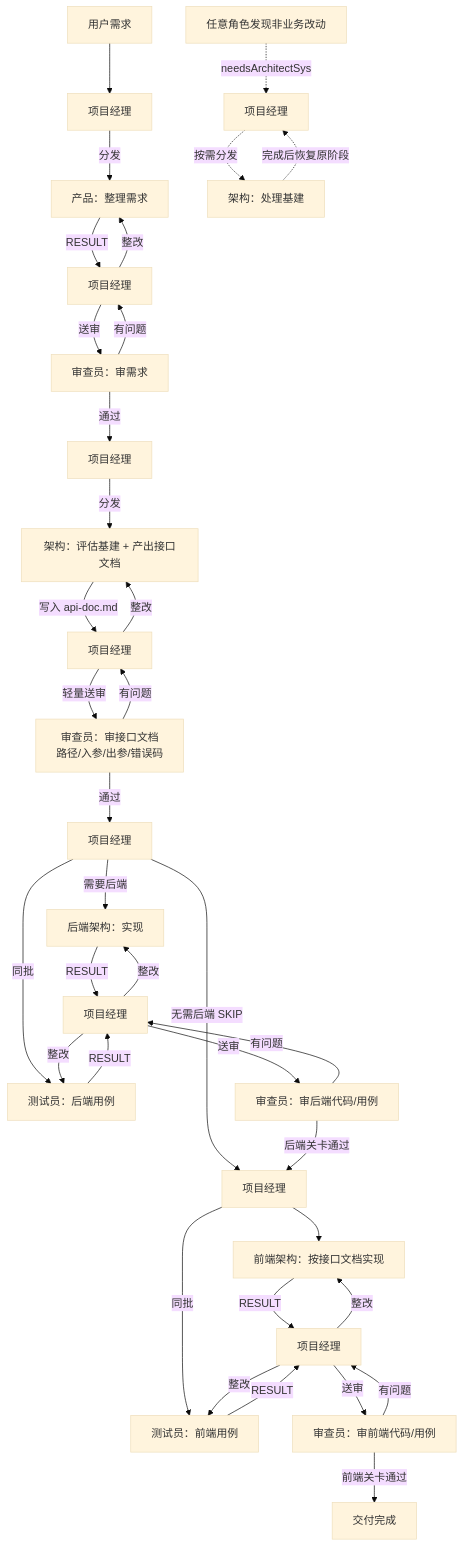
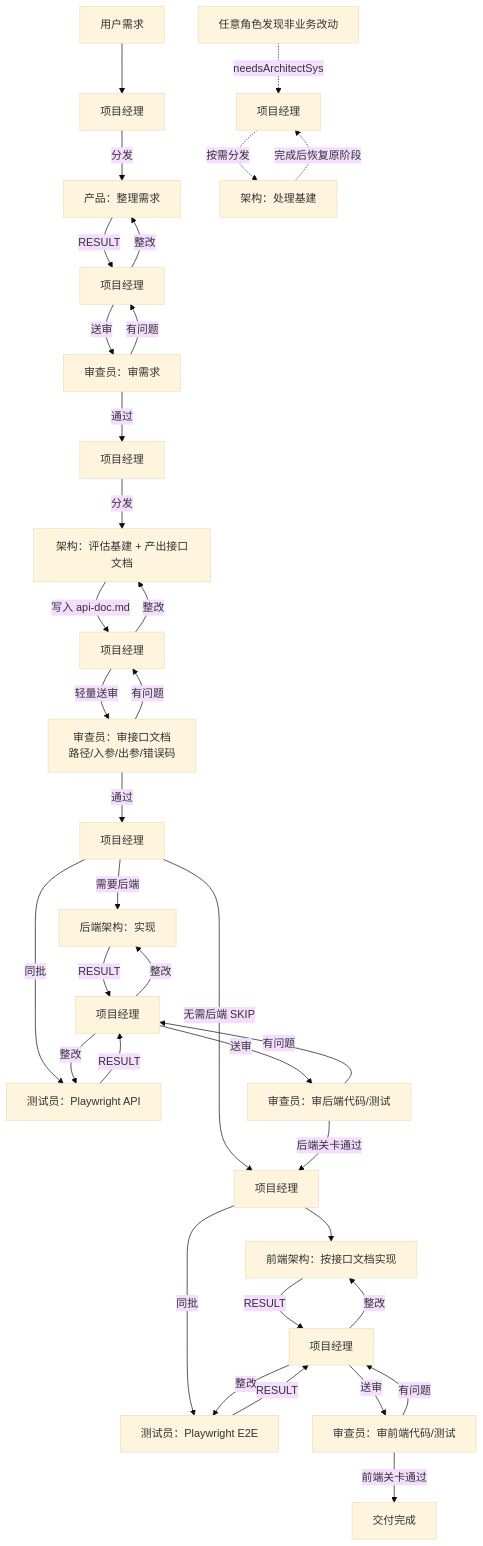
One commit to Luzhaotian/fe-agent changed the diagram in README.md. Above: the diagram before and after it, drawn with Mermaid (base theme). The commit also changed other lines of this file and 4 other files, not shown here.

````diff
--- a/README.md
+++ b/README.md
@@ -89,41 +113,41 @@
 ```mermaid
 flowchart TD
   U[用户需求] --> M1[项目经理]
   M1 -->|分发| P[产品：整理需求]
   P -->|RESULT| M2[项目经理]
   M2 -->|送审| R1[审查员：审需求]
   R1 -->|有问题| M2
   M2 -->|整改| P
   R1 -->|通过| M3[项目经理]
   M3 -->|分发| A[架构：评估基建 + 产出接口文档]
   A -->|写入 api-doc.md| M4[项目经理]
   M4 -->|轻量送审| R2[审查员：审接口文档<br/>路径/入参/出参/错误码]
   R2 -->|有问题| M4
   M4 -->|整改| A
   R2 -->|通过| M5[项目经理]
 
   M5 -->|无需后端 SKIP| M7
   M5 -->|需要后端| B[后端架构：实现]
-  M5 -->|同批| TB[测试员：后端用例]
+  M5 -->|同批| TB[测试员：Playwright API]
   B -->|RESULT| M6[项目经理]
   TB -->|RESULT| M6
-  M6 -->|送审| R3[审查员：审后端代码/用例]
+  M6 -->|送审| R3[审查员：审后端代码/测试]
   R3 -->|有问题| M6
   M6 -->|整改| B
   M6 -->|整改| TB
   R3 -->|后端关卡通过| M7[项目经理]
 
   M7 --> F[前端架构：按接口文档实现]
-  M7 -->|同批| TF[测试员：前端用例]
+  M7 -->|同批| TF[测试员：Playwright E2E]
   F -->|RESULT| M8[项目经理]
   TF -->|RESULT| M8
-  M8 -->|送审| R4[审查员：审前端代码/用例]
+  M8 -->|送审| R4[审查员：审前端代码/测试]
   R4 -->|有问题| M8
   M8 -->|整改| F
   M8 -->|整改| TF
   R4 -->|前端关卡通过| Done[交付完成]
 
   X[任意角色发现非业务改动] -.->|needsArchitectSys| M9[项目经理]
   M9 -.->|按需分发| A2[架构：处理基建]
   A2 -.->|完成后恢复原阶段| M9
 ```
````
